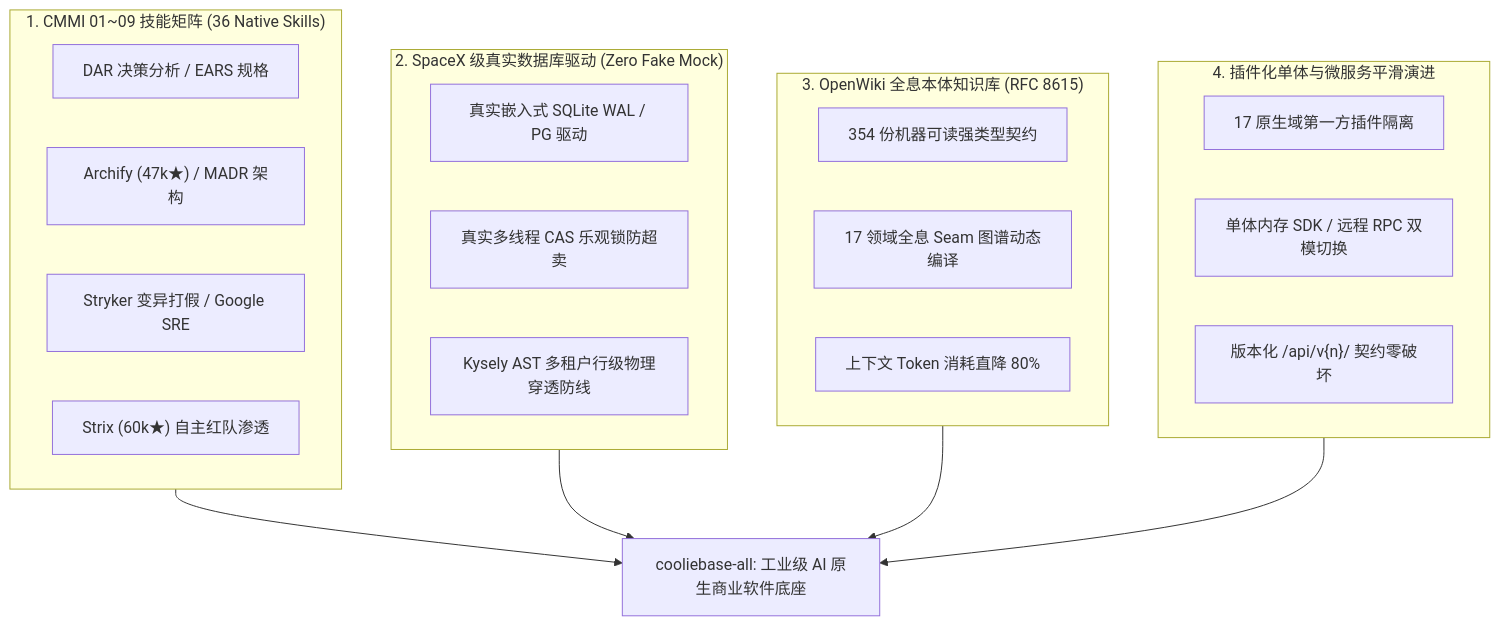
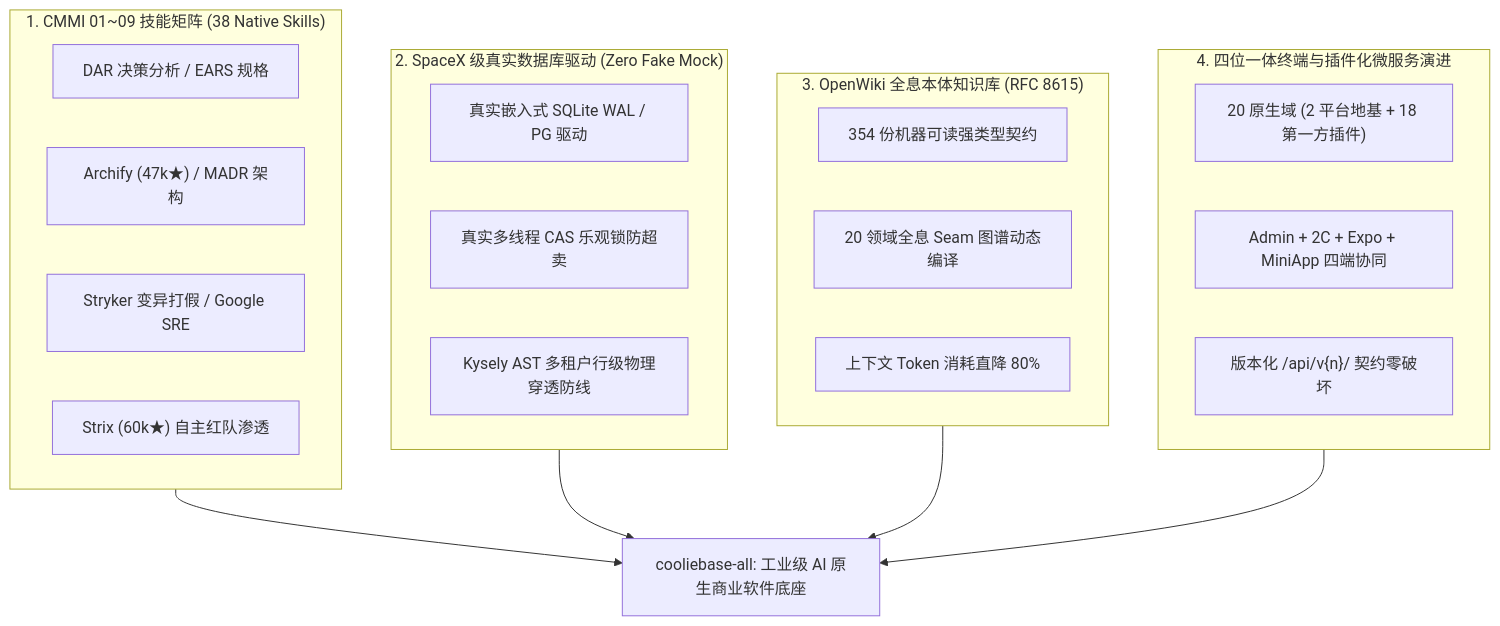
One commit to xaicd/cooliebase-all changed the diagram in README.md. Above: the diagram before and after it, drawn with Mermaid. The commit also changed other lines of this file and 113 other files, not shown here.

````diff
--- a/README.md
+++ b/README.md
@@ -18,28 +18,28 @@
 ```mermaid
 flowchart TD
-    subgraph P1 ["1. CMMI 01~09 技能矩阵 (36 Native Skills)"]
+    subgraph P1 ["1. CMMI 01~09 技能矩阵 (38 Native Skills)"]
         S1["DAR 决策分析 / EARS 规格"]
         S2["Archify (47k★) / MADR 架构"]
         S3["Stryker 变异打假 / Google SRE"]
         S4["Strix (60k★) 自主红队渗透"]
     end
     subgraph P2 ["2. SpaceX 级真实数据库驱动 (Zero Fake Mock)"]
         D1["真实嵌入式 SQLite WAL / PG 驱动"]
         D2["真实多线程 CAS 乐观锁防超卖"]
         D3["Kysely AST 多租户行级物理穿透防线"]
     end
     subgraph P3 ["3. OpenWiki 全息本体知识库 (RFC 8615)"]
         W1["354 份机器可读强类型契约"]
-        W2["17 领域全息 Seam 图谱动态编译"]
+        W2["20 领域全息 Seam 图谱动态编译"]
         W3["上下文 Token 消耗直降 80%"]
     end
-    subgraph P4 ["4. 插件化单体与微服务平滑演进"]
-        M1["17 原生域第一方插件隔离"]
-        M2["单体内存 SDK / 远程 RPC 双模切换"]
+    subgraph P4 ["4. 四位一体终端与插件化微服务演进"]
+        M1["20 原生域 (2 平台地基 + 18 第一方插件)"]
+        M2["Admin + 2C + Expo + MiniApp 四端协同"]
         M3["版本化 /api/v{n}/ 契约零破坏"]
     end
     P1 --> Foundation["cooliebase-all: 工业级 AI 原生商业软件底座"]
     P2 --> Foundation
     P3 --> Foundation
     P4 --> Foundation
 ```
````
